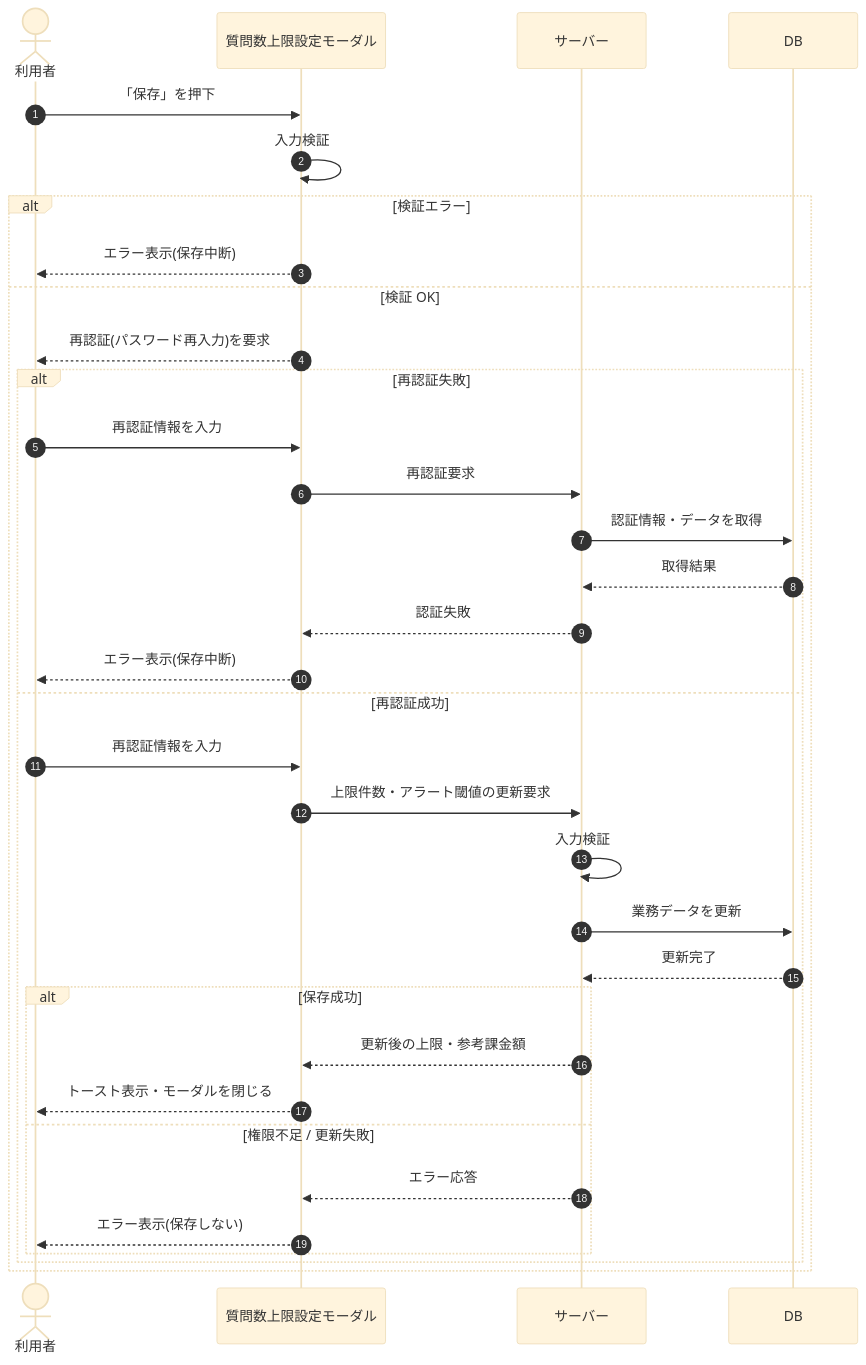
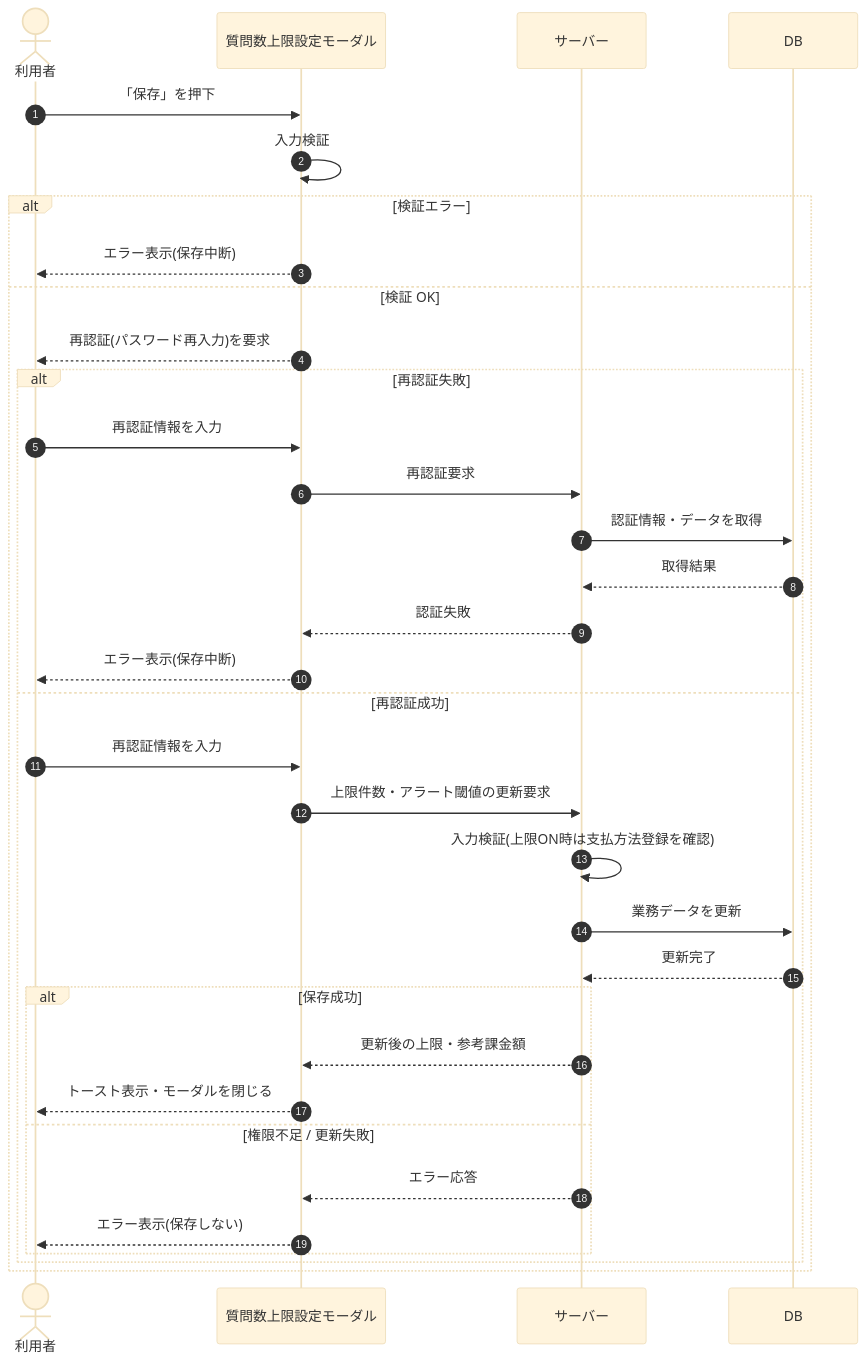
Before and after one commit to sikakou54/open-faq: the diagram in 02_basic_design/03_sequences/SEQ-078.md, drawn with Mermaid (base theme). The commit also changed other lines of this file and 9 other files, not shown here.

````diff
--- a/02_basic_design/03_sequences/SEQ-078.md
+++ b/02_basic_design/03_sequences/SEQ-078.md
@@ -15,36 +15,36 @@
 ```mermaid
 sequenceDiagram
   autonumber
   actor U as 利用者
   participant Screen as 質問数上限設定モーダル
   participant Server as サーバー
   participant DB as DB
   U->>Screen: 「保存」を押下
   Screen->>Screen: 入力検証
   alt 検証エラー
     Screen-->>U: エラー表示(保存中断)
   else 検証 OK
     Screen-->>U: 再認証(パスワード再入力)を要求
     alt 再認証失敗
       U->>Screen: 再認証情報を入力
       Screen->>Server: 再認証要求
       Server->>DB: 認証情報・データを取得
       DB-->>Server: 取得結果
       Server-->>Screen: 認証失敗
       Screen-->>U: エラー表示(保存中断)
     else 再認証成功
       U->>Screen: 再認証情報を入力
       Screen->>Server: 上限件数・アラート閾値の更新要求
-      Server->>Server: 入力検証
+      Server->>Server: 入力検証(上限ON時は支払方法登録を確認)
       Server->>DB: 業務データを更新
       DB-->>Server: 更新完了
       alt 保存成功
         Server-->>Screen: 更新後の上限・参考課金額
         Screen-->>U: トースト表示・モーダルを閉じる
       else 権限不足 / 更新失敗
         Server-->>Screen: エラー応答
         Screen-->>U: エラー表示(保存しない)
       end
     end
   end
 ```
````
